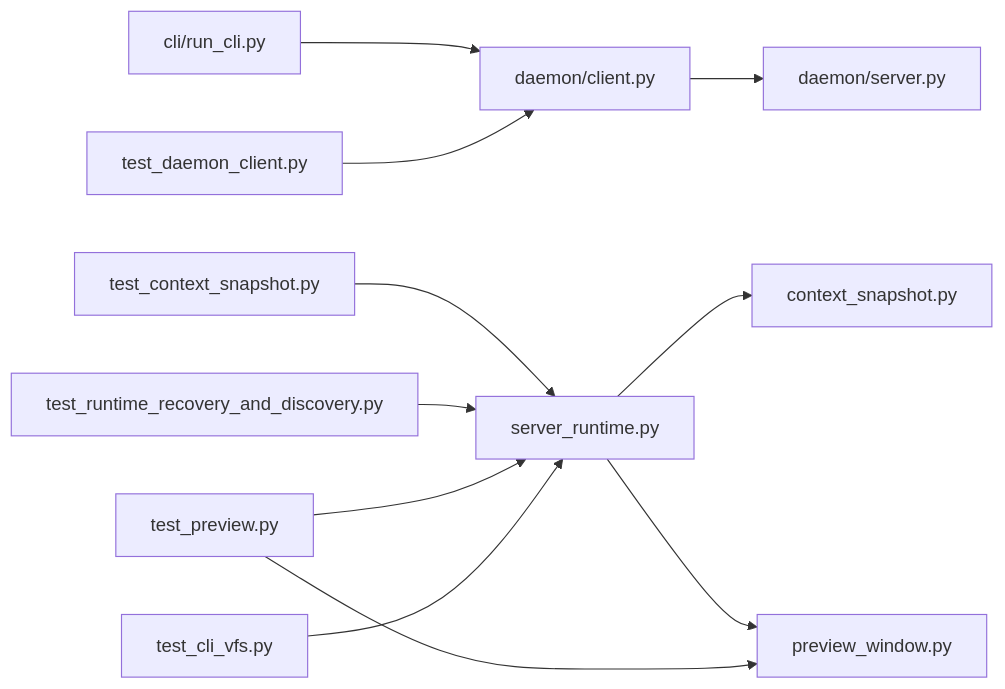
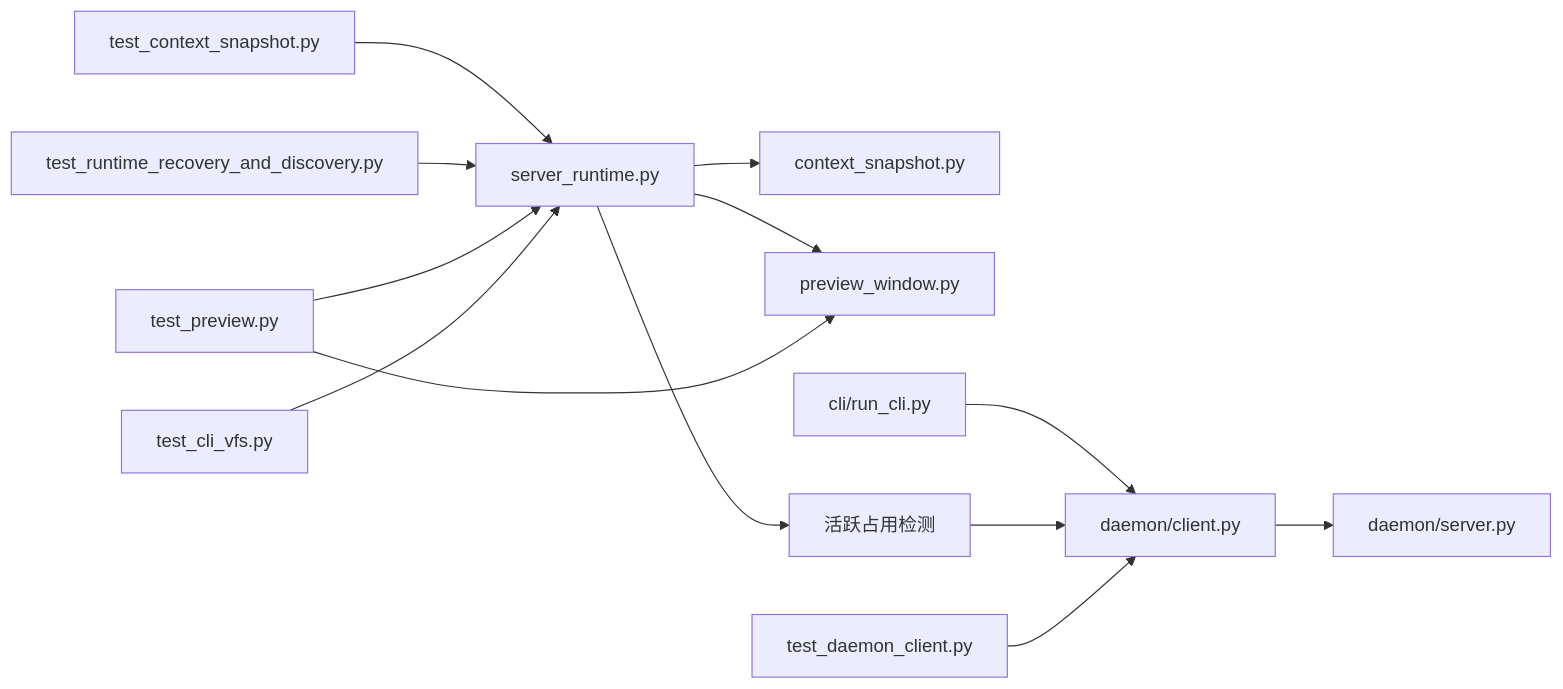
Before and after one commit to haolange/RDC-Tool: diagram 11 of 11 in .qoder/repowiki/zh/content/核心概念/会话模型.md, drawn with Mermaid. The commit also changed other lines of this file and 1 other file, not shown here.

````diff
--- a/.qoder/repowiki/zh/content/核心概念/会话模型.md
+++ b/.qoder/repowiki/zh/content/核心概念/会话模型.md
@@ -388,13 +425,15 @@
 ```mermaid
 graph LR
 SR["server_runtime.py"] --> CS["context_snapshot.py"]
 SR --> PW["preview_window.py"]
 DC["daemon/client.py"] --> DS["daemon/server.py"]
 CLI["cli/run_cli.py"] --> DC
+SR --> OCC["活跃占用检测"]
+OCC --> DC
 TCS["test_context_snapshot.py"] --> SR
 TRR["test_runtime_recovery_and_discovery.py"] --> SR
 TP["test_preview.py"] --> SR
 TP --> PW
 TCV["test_cli_vfs.py"] --> SR
 TDC["test_daemon_client.py"] --> DC
 ```
````
